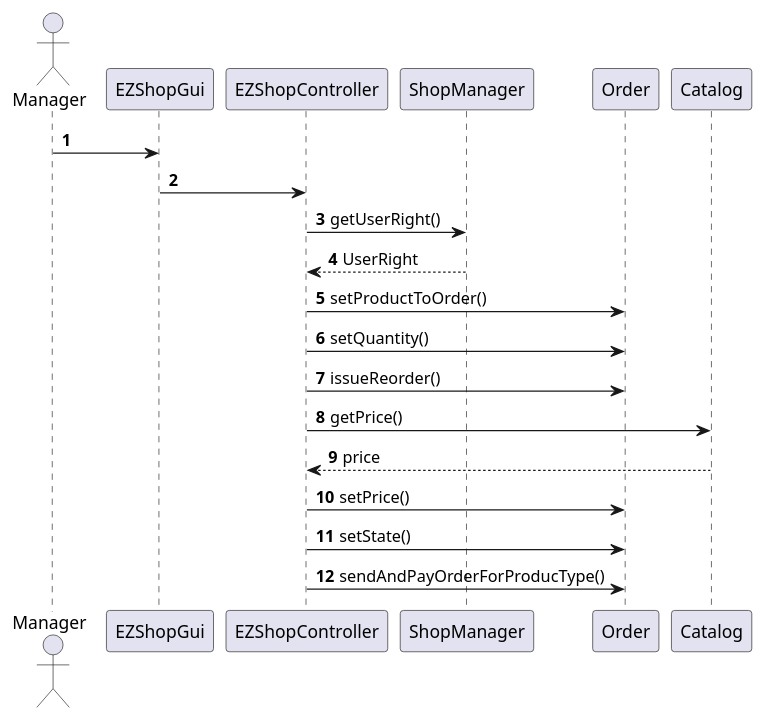
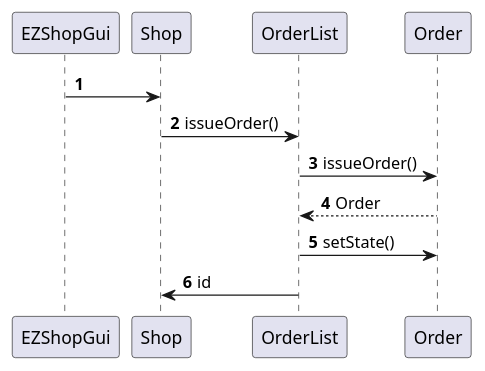
Before and after one commit to mkexc/ezshop: the fifth of 12 diagrams in Deliverables/DesignDocument.md, drawn with PlantUML. The commit also changed other lines of this file and 3 other files, not shown here.

Commit message:
Deliverables: fixed LowLevel design, added sequence diagrams, started estimation

````diff
--- a/Deliverables/DesignDocument.md
+++ b/Deliverables/DesignDocument.md
@@ -364,20 +397,11 @@
 ```plantuml
 @startuml
 autonumber
-actor Manager
-
-Manager -> EZShopGui
-EZShopGui -> EZShopController
-EZShopController -> ShopManager : getUserRight()
-ShopManager --> EZShopController : UserRight
-EZShopController -> Order : setProductToOrder()
-EZShopController -> Order : setQuantity()
-EZShopController -> Order : issueReorder()
-EZShopController -> Catalog : getPrice()
-EZShopController <-- Catalog : price
-EZShopController -> Order : setPrice()
-EZShopController -> Order : setState()
-EZShopController -> Order : sendAndPayOrderForProducType()
-
+EZShopGui -> Shop
+Shop -> OrderList : issueOrder()
+OrderList -> Order : issueOrder()
+OrderList <-- Order : Order
+OrderList -> Order : setState()
+Shop <- OrderList : id
 @enduml
 ```
````
